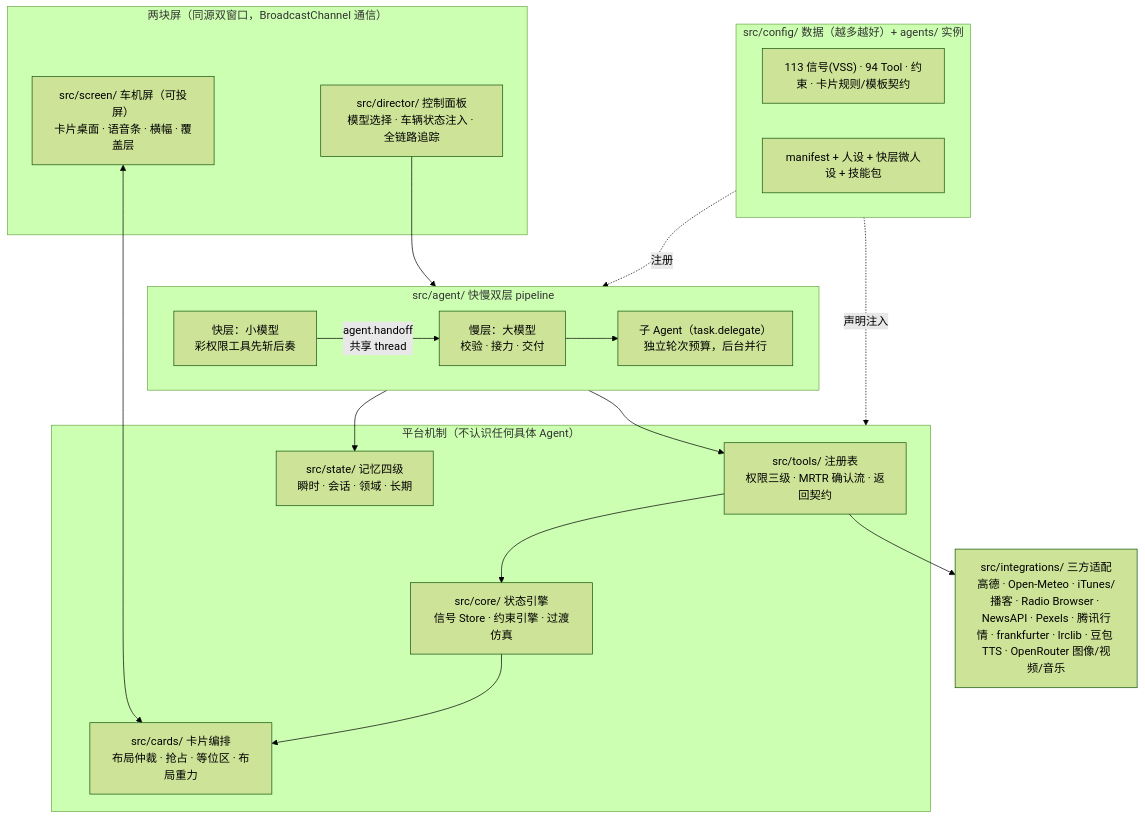
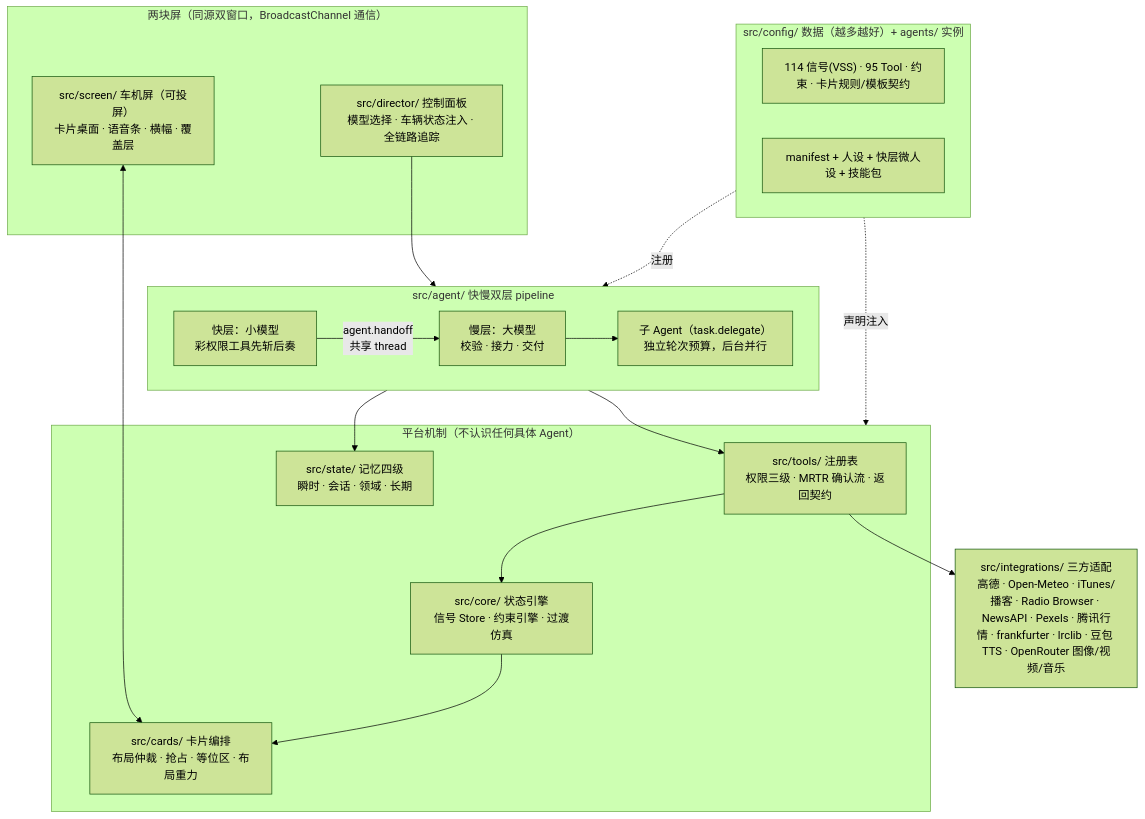
The second of 6 diagrams in data/readmes/yancent-dao__cockpit-agent-sim.md (zqf20096327/ai_collect), drawn with Mermaid (forest theme) before and after one commit. The commit also changed other lines of this file and 1899 other files, not shown here.

````diff
--- a/data/readmes/yancent-dao__cockpit-agent-sim.md
+++ b/data/readmes/yancent-dao__cockpit-agent-sim.md
@@ -97,33 +100,33 @@
 ```mermaid
 flowchart TB
     subgraph UI["两块屏（同源双窗口，BroadcastChannel 通信）"]
         director["src/director/ 控制面板<br/>模型选择 · 车辆状态注入 · 全链路追踪"]
         screen["src/screen/ 车机屏（可投屏）<br/>卡片桌面 · 语音条 · 横幅 · 覆盖层"]
     end
     subgraph AGENT["src/agent/ 快慢双层 pipeline"]
         fast["快层：小模型<br/>彩权限工具先斩后奏"]
         slow["慢层：大模型<br/>校验 · 接力 · 交付"]
         sub["子 Agent（task.delegate）<br/>独立轮次预算，后台并行"]
         fast -- "agent.handoff<br/>共享 thread" --> slow
         slow --> sub
     end
     subgraph PLATFORM["平台机制（不认识任何具体 Agent）"]
         tools["src/tools/ 注册表<br/>权限三级 · MRTR 确认流 · 返回契约"]
         core["src/core/ 状态引擎<br/>信号 Store · 约束引擎 · 过渡仿真"]
         cards["src/cards/ 卡片编排<br/>布局仲裁 · 抢占 · 等位区 · 布局重力"]
         state["src/state/ 记忆四级<br/>瞬时 · 会话 · 领域 · 长期"]
     end
     subgraph DATA["src/config/ 数据（越多越好）+ agents/ 实例"]
-        config["113 信号(VSS) · 94 Tool · 约束 · 卡片规则/模板契约"]
+        config["114 信号(VSS) · 95 Tool · 约束 · 卡片规则/模板契约"]
         manifest["manifest + 人设 + 快层微人设 + 技能包"]
     end
     integrations["src/integrations/ 三方适配<br/>高德 · Open-Meteo · iTunes/播客 · Radio Browser · NewsAPI · Pexels · 腾讯行情 · frankfurter · lrclib · 豆包 TTS · OpenRouter 图像/视频/音乐"]
 
     director --> AGENT
     screen <--> cards
     AGENT --> tools --> core --> cards
     tools --> integrations
     AGENT --> state
     DATA -.声明注入.-> PLATFORM
     DATA -.注册.-> AGENT
 ```
````
